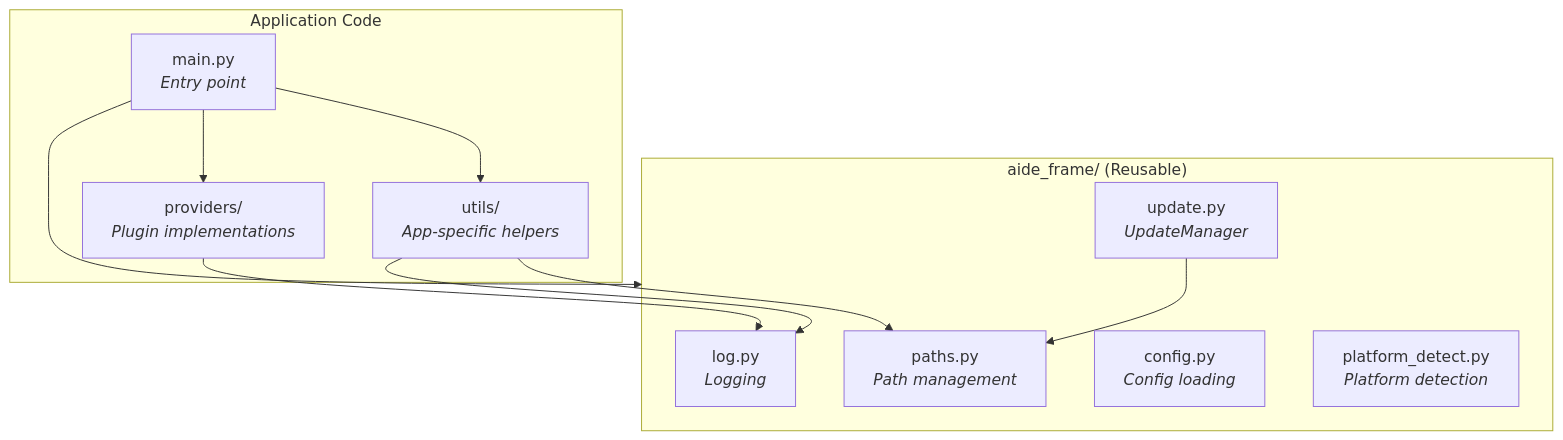
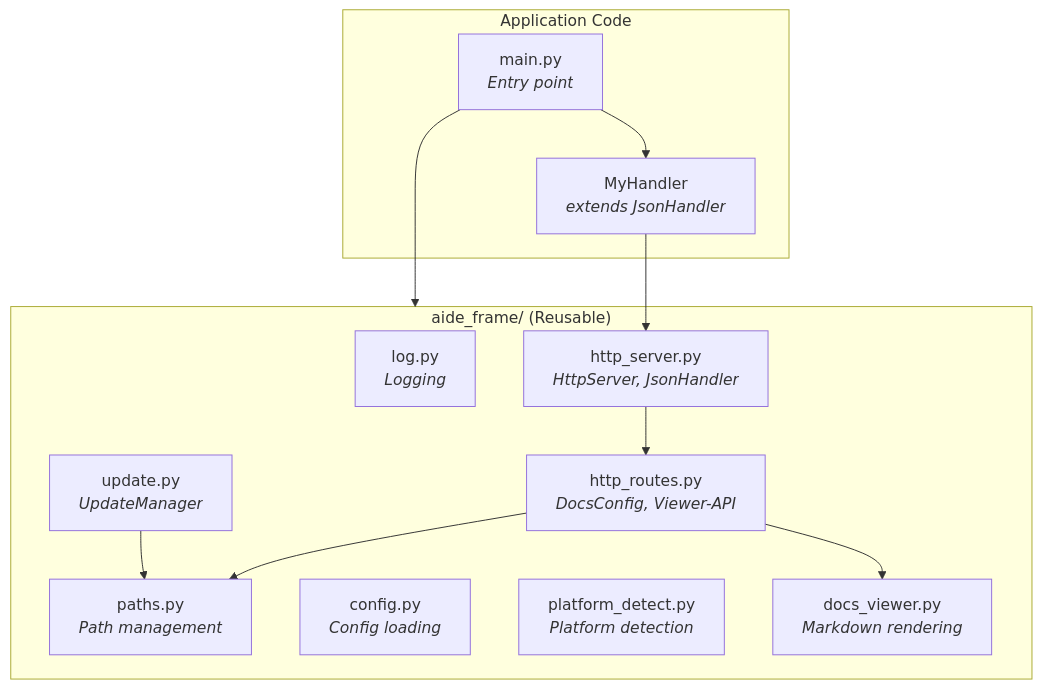
One commit to aide-examples/aide-frame changed the diagram in python/aide_frame/docs/index.md. Above: the diagram before and after it, drawn with Mermaid. The commit also changed other lines of this file and 4 other files, not shown here.

````diff
--- a/python/aide_frame/docs/index.md
+++ b/python/aide_frame/docs/index.md
@@ -26,27 +30,29 @@
 ```mermaid
 flowchart TB
     subgraph Framework["aide_frame/ (Reusable)"]
         log["log.py<br/><i>Logging</i>"]
         paths["paths.py<br/><i>Path management</i>"]
         config["config.py<br/><i>Config loading</i>"]
         platform["platform_detect.py<br/><i>Platform detection</i>"]
         update["update.py<br/><i>UpdateManager</i>"]
+        http_server["http_server.py<br/><i>HttpServer, JsonHandler</i>"]
+        http_routes["http_routes.py<br/><i>DocsConfig, Viewer-API</i>"]
+        docs_viewer["docs_viewer.py<br/><i>Markdown rendering</i>"]
     end
 
     subgraph App["Application Code"]
-        app_utils["utils/<br/><i>App-specific helpers</i>"]
-        providers["providers/<br/><i>Plugin implementations</i>"]
+        handler["MyHandler<br/><i>extends JsonHandler</i>"]
         main["main.py<br/><i>Entry point</i>"]
     end
 
     %% Framework internal
     update --> paths
+    http_server --> http_routes
+    http_routes --> docs_viewer
+    http_routes --> paths
 
     %% App depends on framework
-    app_utils --> log
-    app_utils --> paths
-    providers --> log
+    handler --> http_server
     main --> Framework
-    main --> app_utils
-    main --> providers
+    main --> handler
 ```
````
